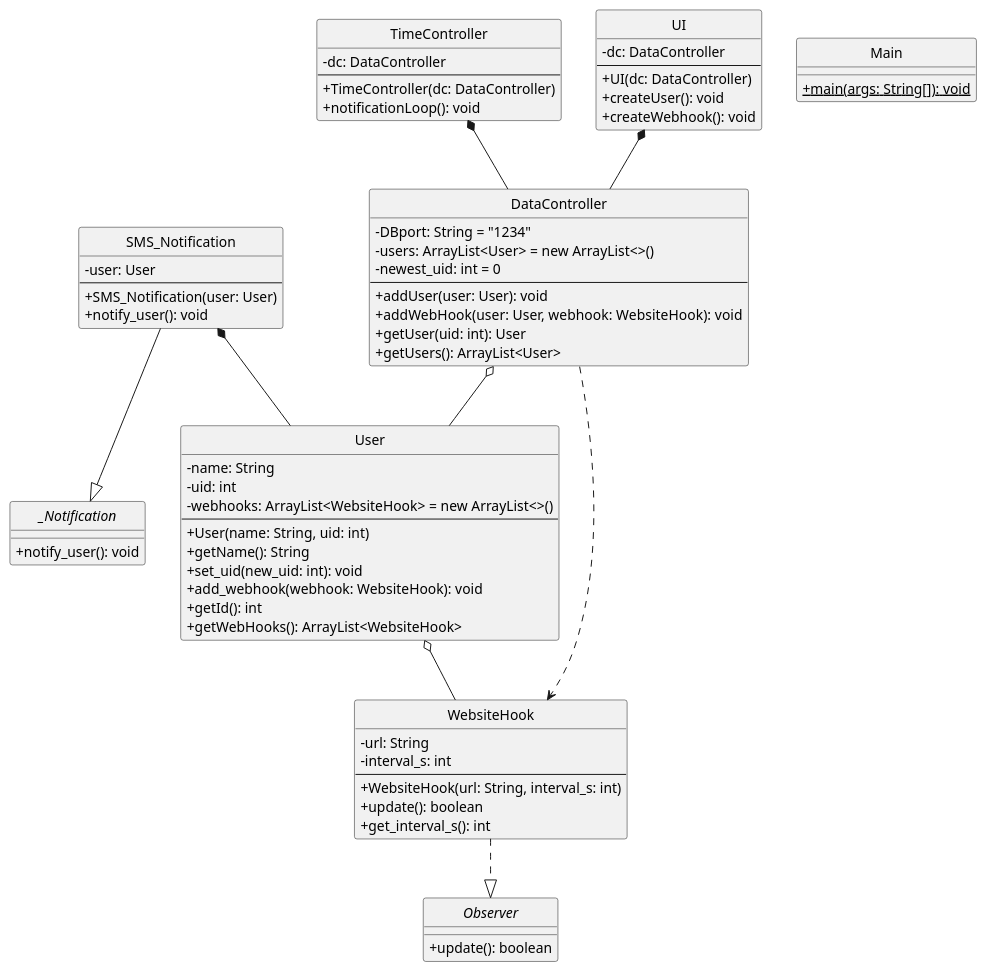
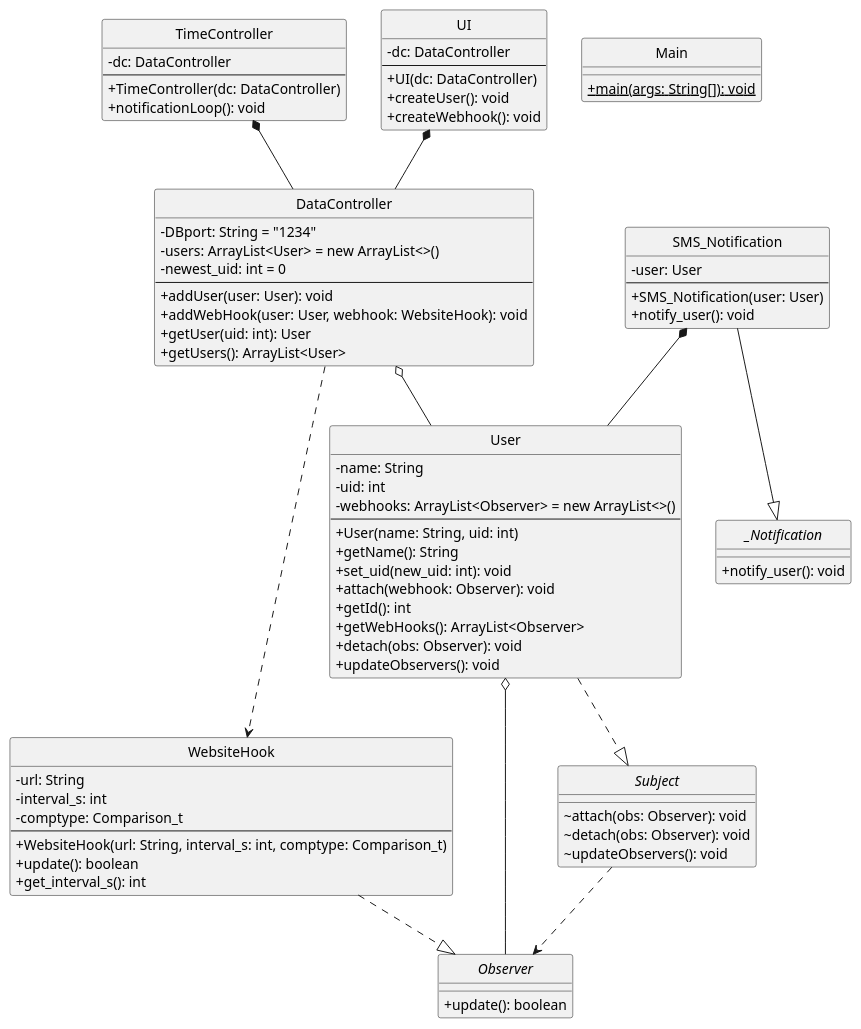
Before and after one commit to Spaceglidemasta/uni: the diagram in semester4/swe_d/ex5/output/java.puml, drawn with PlantUML. The commit also changed other lines of this file and 7 other files, not shown here.

```diff
--- a/semester4/swe_d/ex5/output/java.puml
+++ b/semester4/swe_d/ex5/output/java.puml
@@ -6,80 +6,91 @@
 @startuml
 skinparam classAttributeIconSize 0
 hide circle
+
+class WebsiteHook {
+  -url: String
+  -interval_s: int
+  -comptype: Comparison_t
+  --
+  +WebsiteHook(url: String, interval_s: int, comptype: Comparison_t)
+  +update(): boolean
+  +get_interval_s(): int
+}
+
+interface Observer {
+  +update(): boolean
+}
+
+class User {
+  -name: String
+  -uid: int
+  -webhooks: ArrayList<Observer> = new ArrayList<>()
+  --
+  +User(name: String, uid: int)
+  +getName(): String
+  +set_uid(new_uid: int): void
+  +attach(webhook: Observer): void
+  +getId(): int
+  +getWebHooks(): ArrayList<Observer>
+  +detach(obs: Observer): void
+  +updateObservers(): void
+}
+
+interface Subject {
+  ~attach(obs: Observer): void
+  ~detach(obs: Observer): void
+  ~updateObservers(): void
+}
+
+class Main {
+  +{static} main(args: String[]): void
+}
+
+class TimeController {
+  -dc: DataController
+  --
+  +TimeController(dc: DataController)
+  +notificationLoop(): void
+}
 
 class DataController {
   -DBport: String = "1234"
   -users: ArrayList<User> = new ArrayList<>()
   -newest_uid: int = 0
   --
   +addUser(user: User): void
   +addWebHook(user: User, webhook: WebsiteHook): void
   +getUser(uid: int): User
   +getUsers(): ArrayList<User>
-}
-
-class TimeController {
-  -dc: DataController
-  --
-  +TimeController(dc: DataController)
-  +notificationLoop(): void
-}
-
-class Main {
-  +{static} main(args: String[]): void
-}
-
-interface Observer {
-  +update(): boolean
-}
-
-class User {
-  -name: String
-  -uid: int
-  -webhooks: ArrayList<WebsiteHook> = new ArrayList<>()
-  --
-  +User(name: String, uid: int)
-  +getName(): String
-  +set_uid(new_uid: int): void
-  +add_webhook(webhook: WebsiteHook): void
-  +getId(): int
-  +getWebHooks(): ArrayList<WebsiteHook>
-}
-
-class WebsiteHook {
-  -url: String
-  -interval_s: int
-  --
-  +WebsiteHook(url: String, interval_s: int)
-  +update(): boolean
-  +get_interval_s(): int
-}
-
-class UI {
-  -dc: DataController
-  --
-  +UI(dc: DataController)
-  +createUser(): void
-  +createWebhook(): void
 }
 
 class SMS_Notification {
   -user: User
   --
   +SMS_Notification(user: User)
   +notify_user(): void
 }
 
 abstract class _Notification {
   +notify_user(): void
 }
 
+class UI {
+  -dc: DataController
+  --
+  +UI(dc: DataController)
+  +createUser(): void
+  +createWebhook(): void
+}
+
+WebsiteHook ..|> Observer
+User ..|> Subject
+User o-- Observer
+Subject ..> Observer
+TimeController *-- DataController
 DataController o-- User
 DataController ..> WebsiteHook
-TimeController *-- DataController
-User o-- WebsiteHook
-WebsiteHook ..|> Observer
-UI *-- DataController
 SMS_Notification --|> _Notification
 SMS_Notification *-- User
+UI *-- DataController
 @enduml
```
